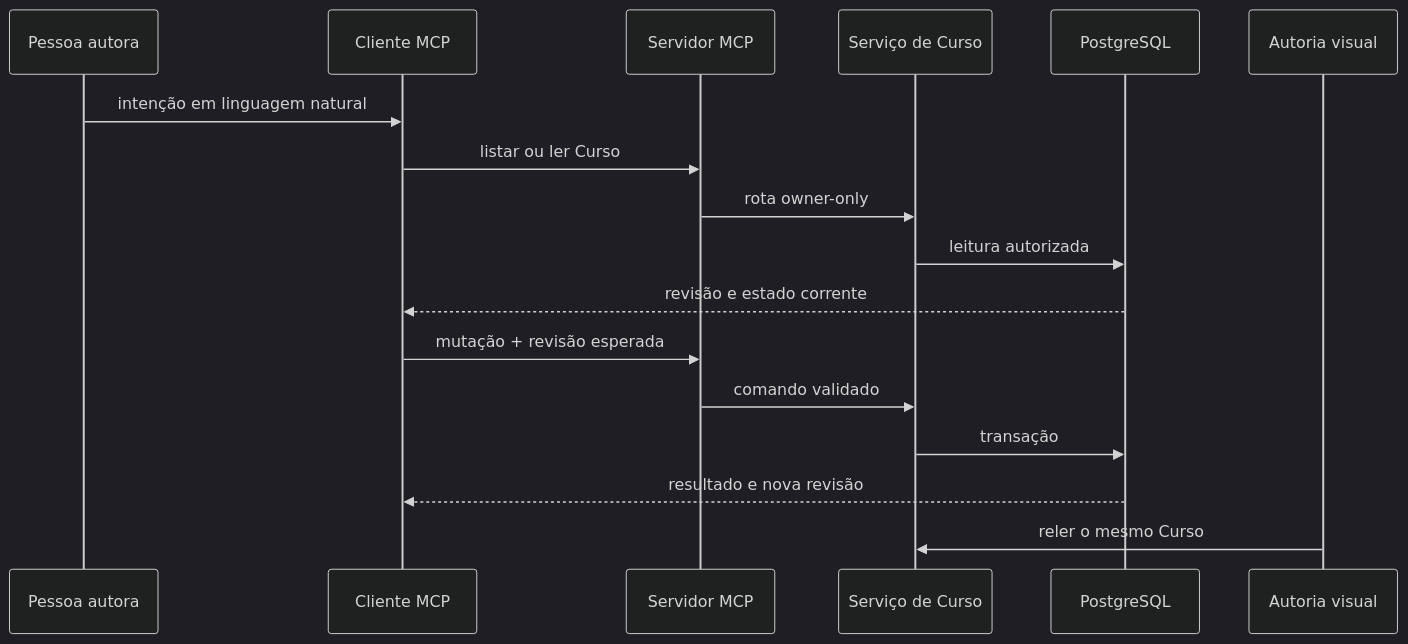
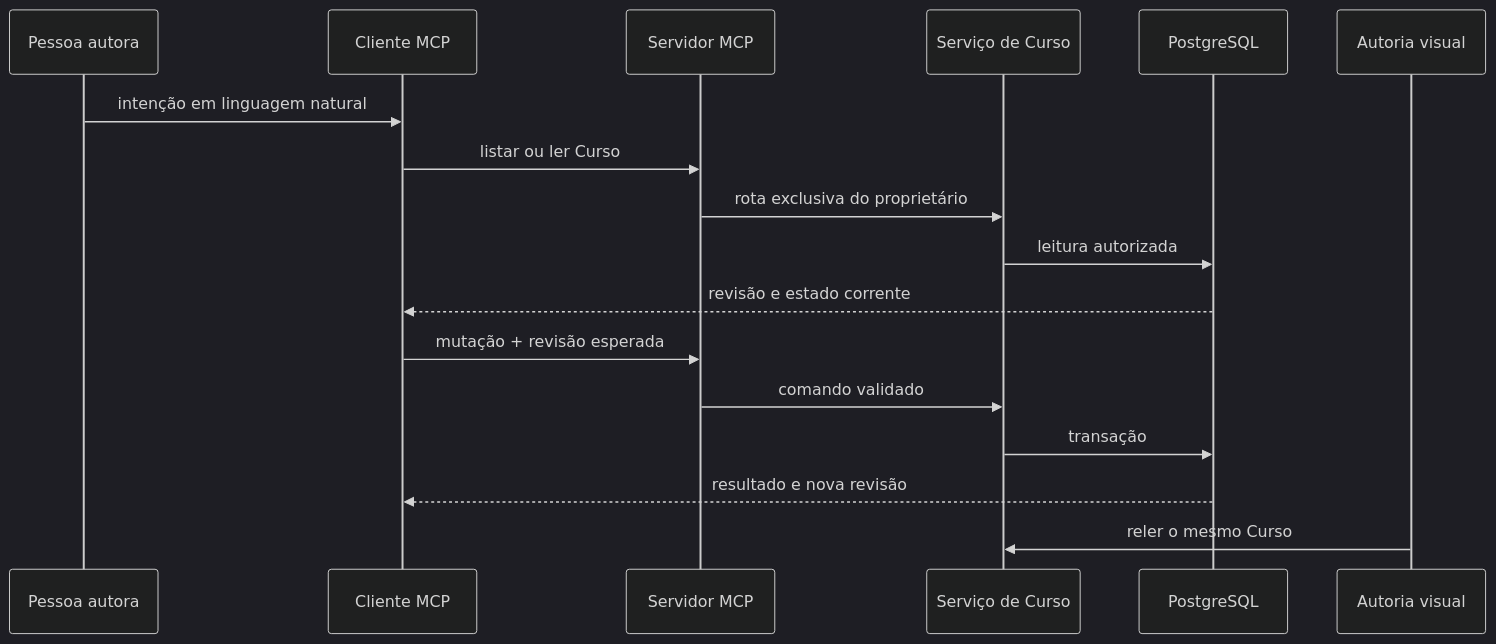
The diagram in docs/autoria-mcp.md (fabio-ara/AraLearn), drawn with Mermaid (dark theme) before and after one commit. The commit also changed other lines of this file and 614 other files, not shown here.

````diff
--- a/docs/autoria-mcp.md
+++ b/docs/autoria-mcp.md
@@ -46,19 +63,19 @@
 ```mermaid
 sequenceDiagram
     participant P as Pessoa autora
     participant C as Cliente MCP
     participant M as Servidor MCP
     participant D as Serviço de Curso
     participant B as PostgreSQL
     participant A as Autoria visual
     P->>C: intenção em linguagem natural
     C->>M: listar ou ler Curso
-    M->>D: rota owner-only
+    M->>D: rota exclusiva do proprietário
     D->>B: leitura autorizada
     B-->>C: revisão e estado corrente
     C->>M: mutação + revisão esperada
     M->>D: comando validado
     D->>B: transação
     B-->>C: resultado e nova revisão
     A->>D: reler o mesmo Curso
 ```
````
